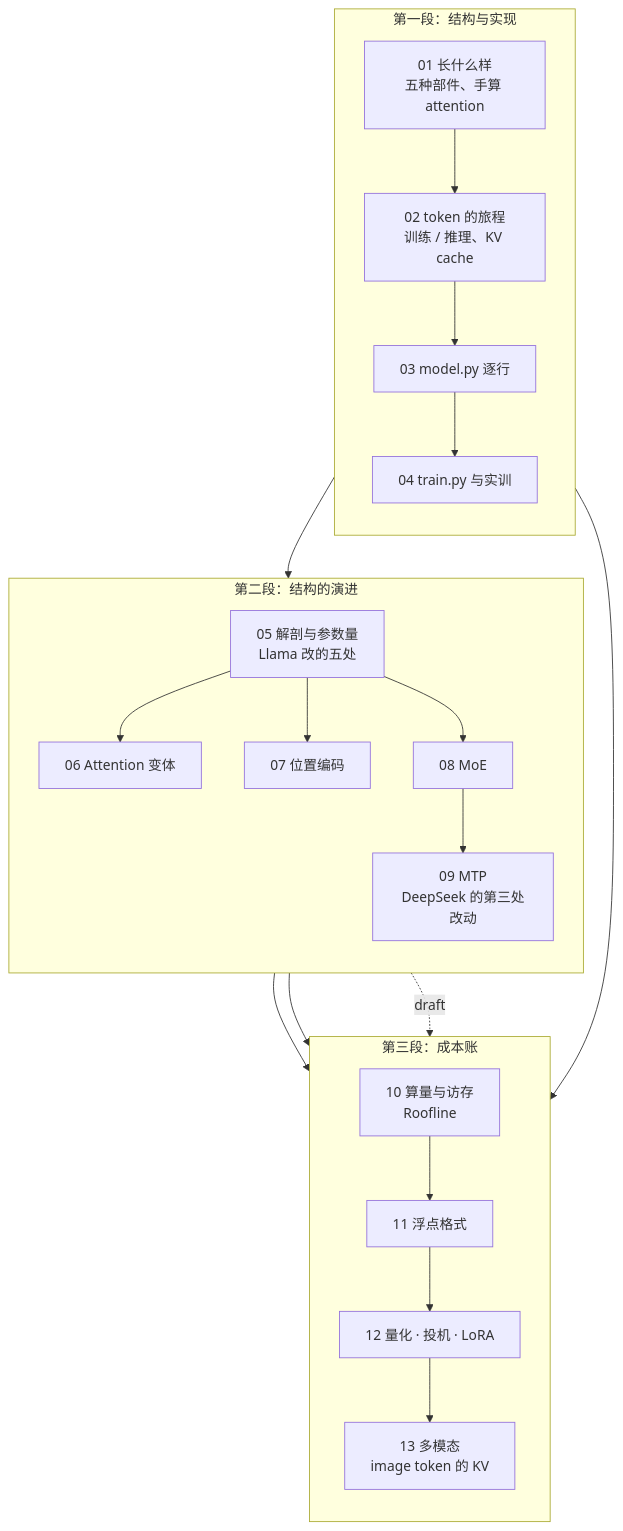
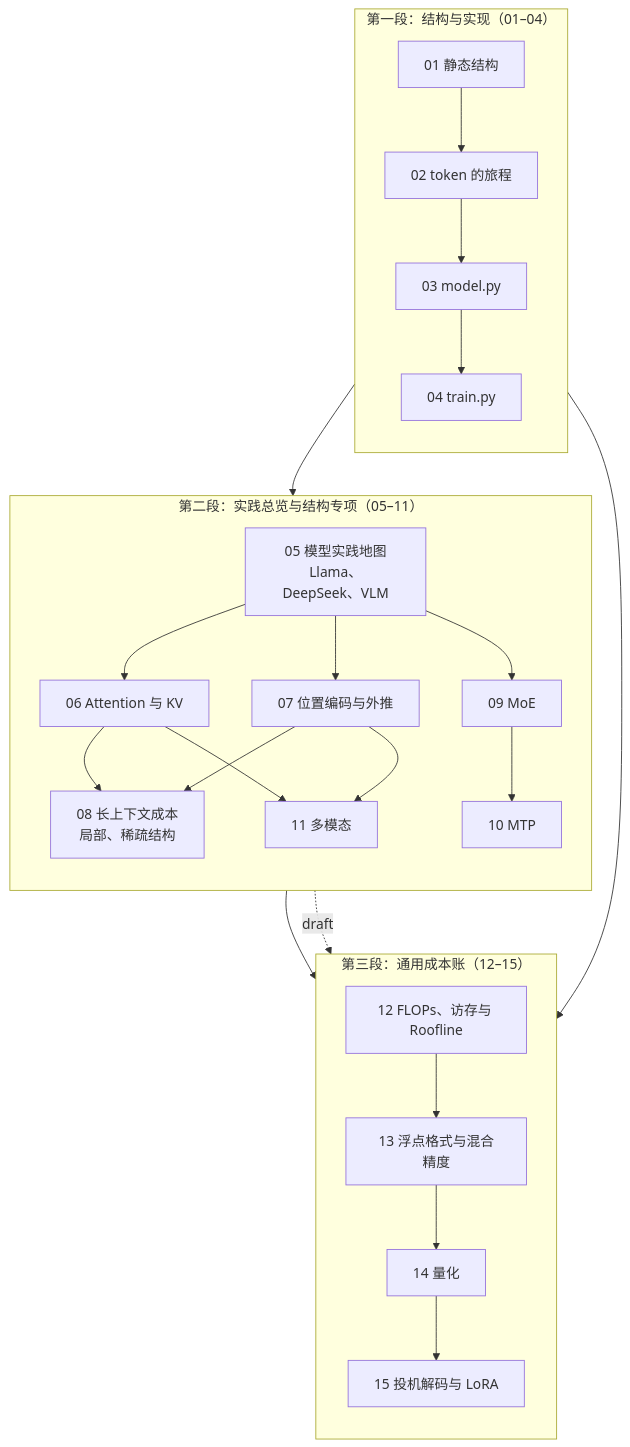
The first of 2 diagrams in _posts/2026-04-09-transformer-and-llm-series-recap-and-self-test.md (arganzheng/arganzheng.github.com), drawn with Mermaid before and after one commit. The commit also changed other lines of this file and 19 other files, not shown here.

First line of the commit message:
Transformer 与 LLM：系列重组为十五篇（#117 三条结构反馈）

````diff
--- a/_posts/2026-04-09-transformer-and-llm-series-recap-and-self-test.md
+++ b/_posts/2026-04-09-transformer-and-llm-series-recap-and-self-test.md
@@ -19,26 +19,27 @@
 ```mermaid
 %%{init: {"flowchart": {"wrappingWidth": 150}}}%%
-%% 图：Transformer 与 LLM 全景：第一段结构与实现（01 → 02 → 03 → 04）、第二段结构的演进（05 承接 03，06 / 07 / 08 各接 05，09 接 08）、第三段成本账（10 承接 02 与 05，11–13 依次接上）
+%% 图：十五篇的依赖地图：先 GPT-2 实现，再模型实践总览与结构专项，最后通用成本账
 flowchart TB
-    subgraph S1["第一段：结构与实现"]
+    subgraph S1["第一段：结构与实现（01–04）"]
         direction TB
-        T1["01 长什么样<br/>五种部件、手算 attention"] --> T2["02 token 的旅程<br/>训练 / 推理、KV cache"] --> T3["03 model.py 逐行"] --> T4["04 train.py 与实训"]
+        P1["01 静态结构"] --> P2["02 token 的旅程"] --> P3["03 model.py"] --> P4["04 train.py"]
     end
-    subgraph S2["第二段：结构的演进"]
+    subgraph S2["第二段：实践总览与结构专项（05–11）"]
         direction TB
-        T5["05 解剖与参数量<br/>Llama 改的五处"]
-        T5 --> T6["06 Attention 变体"]
-        T5 --> T7["07 位置编码"]
-        T5 --> T8["08 MoE"] --> T9["09 MTP<br/>DeepSeek 的第三处改动"]
+        P5["05 模型实践地图<br/>Llama、DeepSeek、VLM"] --> P6["06 Attention 与 KV"]
+        P5 --> P7["07 位置编码与外推"] --> P8["08 长上下文成本<br/>局部、稀疏结构"]
+        P6 --> P8
+        P5 --> P9["09 MoE"] --> P10["10 MTP"]
+        P6 --> P11["11 多模态"]
+        P7 --> P11
     end
-    subgraph S3["第三段：成本账"]
+    subgraph S3["第三段：通用成本账（12–15）"]
         direction TB
-        T10["10 算量与访存<br/>Roofline"] --> T11["11 浮点格式"] --> T12["12 量化 · 投机 · LoRA"] --> T13["13 多模态<br/>image token 的 KV"]
+        P12["12 FLOPs、访存与 Roofline"] --> P13["13 浮点格式与混合精度"] --> P14["14 量化"] --> P15["15 投机解码与 LoRA"]
     end
-    T3 --> T5
-    T2 --> T10
-    T5 --> T10
-    T6 --> T13
-    T9 -. "draft" .-> T12
+    P3 --> P5
+    P5 --> P12
+    P2 --> P12
+    P10 -. "draft" .-> P15
     S1 ~~~ S2 ~~~ S3
 ```
````
